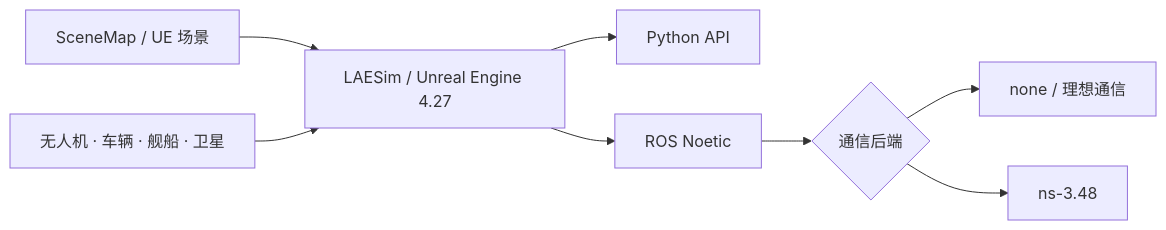
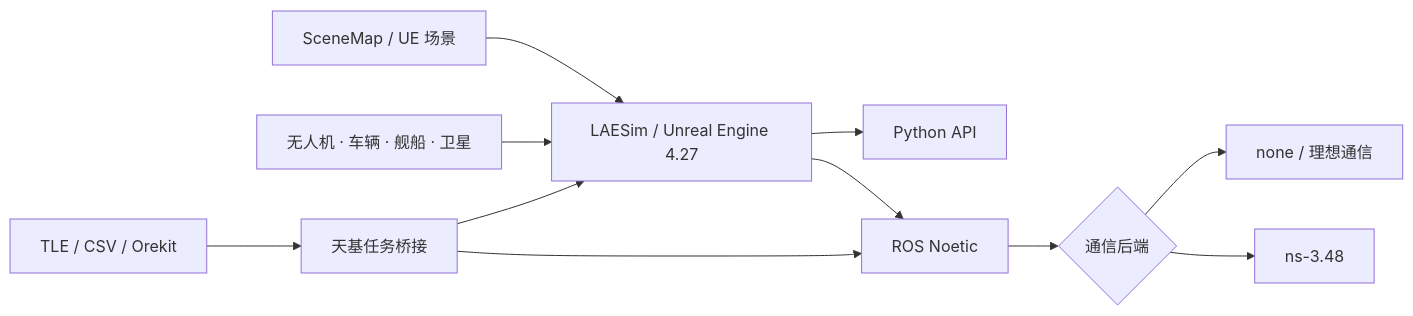
One commit to SANIS-HITSZ/LAESim changed the diagram in README.md. Above: the diagram before and after it, drawn with Mermaid. The commit also changed other lines of this file and 96 other files, not shown here.

````diff
--- a/README.md
+++ b/README.md
@@ -28,10 +29,13 @@
 ```mermaid
 flowchart LR
     Map[SceneMap / UE 场景] --> Sim[LAESim / Unreal Engine 4.27]
     Fleet[无人机 · 车辆 · 舰船 · 卫星] --> Sim
+    Orbit[TLE / CSV / Orekit] --> Space[天基任务桥接]
+    Space --> Sim
     Sim --> Py[Python API]
     Sim --> ROS[ROS Noetic]
+    Space --> ROS
     ROS --> Net{通信后端}
     Net --> Ideal[none / 理想通信]
     Net --> NS3[ns-3.48]
 ```
````
